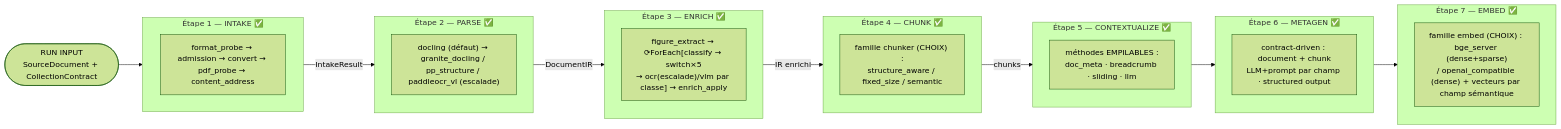
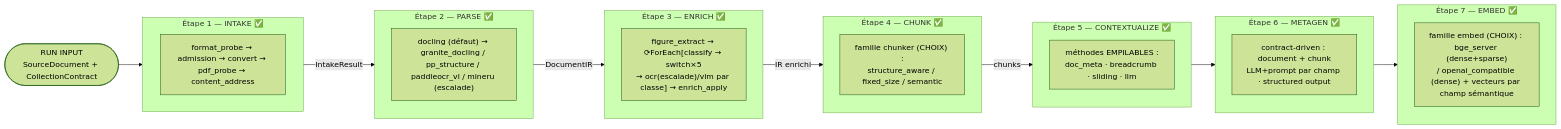
The first of 4 diagrams in src/docforge/PIPELINE.md (Florian-BARRE/DocForge), drawn with Mermaid (forest theme) before and after one commit. The commit also changed other lines of this file and 41 other files, not shown here.

````diff
--- a/src/docforge/PIPELINE.md
+++ b/src/docforge/PIPELINE.md
@@ -10,35 +10,35 @@
 ```mermaid
 flowchart LR
     RUN(["RUN INPUT<br/>SourceDocument + CollectionContract"])
 
     subgraph S1["Étape 1 — INTAKE ✅"]
         direction LR
         s1["format_probe → admission → convert → pdf_probe → content_address"]
     end
 
     subgraph S2["Étape 2 — PARSE ✅"]
-        s2["docling (défaut) → granite_docling / pp_structure / paddleocr_vl (escalade)"]
+        s2["docling (défaut) → granite_docling / pp_structure / paddleocr_vl / mineru (escalade)"]
     end
 
     subgraph S3["Étape 3 — ENRICH ✅"]
         s3["figure_extract → ⟳ForEach[classify → switch×5<br/>→ ocr(escalade)/vlm par classe] → enrich_apply"]
     end
 
     subgraph S4["Étape 4 — CHUNK ✅"]
         s4["famille chunker (CHOIX) :<br/>structure_aware / fixed_size / semantic"]
     end
 
     subgraph S5["Étape 5 — CONTEXTUALIZE ✅"]
         s5["méthodes EMPILABLES :<br/>doc_meta · breadcrumb · sliding · llm"]
     end
 
     subgraph S6["Étape 6 — METAGEN ✅"]
         s6["contract-driven : document + chunk<br/>LLM+prompt par champ · structured output"]
     end
 
     subgraph S7["Étape 7 — EMBED ✅"]
         s7["famille embed (CHOIX) : bge_server (dense+sparse)<br/>/ openai_compatible (dense) + vecteurs par champ sémantique"]
     end
 
     RUN --> S1 -->|"IntakeResult"| S2 -->|"DocumentIR"| S3 -->|"IR enrichi"| S4 -->|"chunks"| S5 --> S6 --> S7
 ```
````
